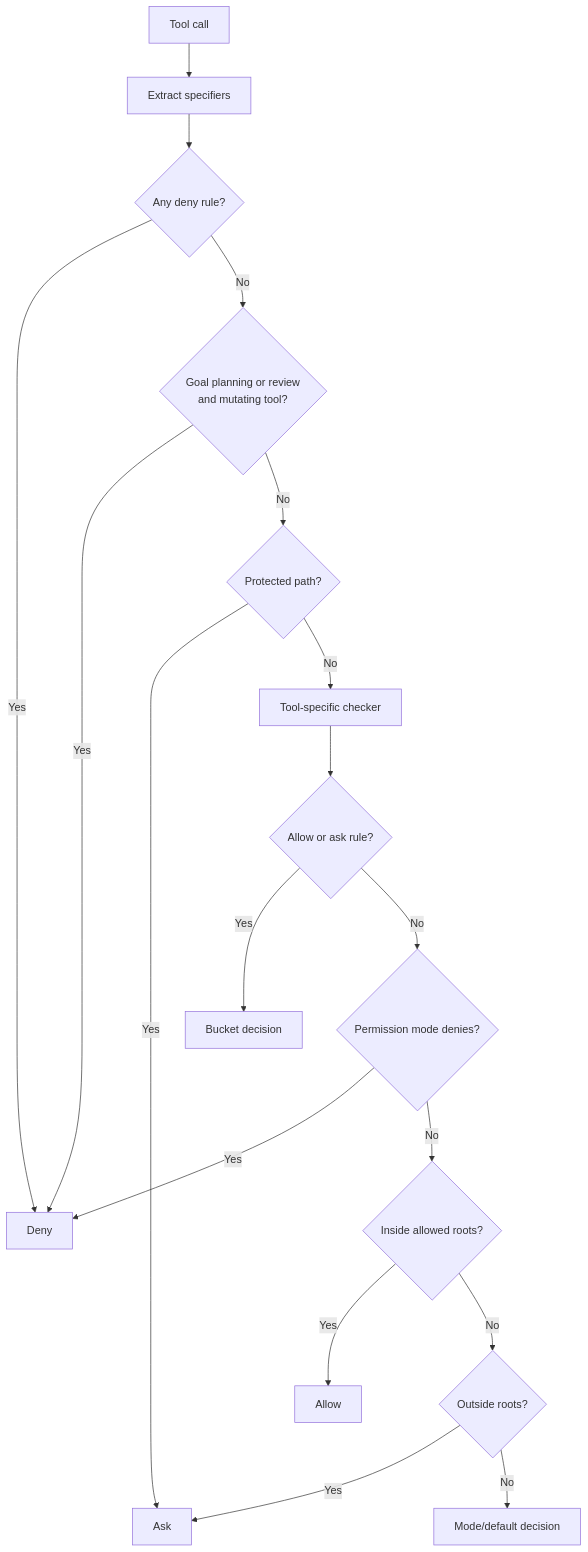
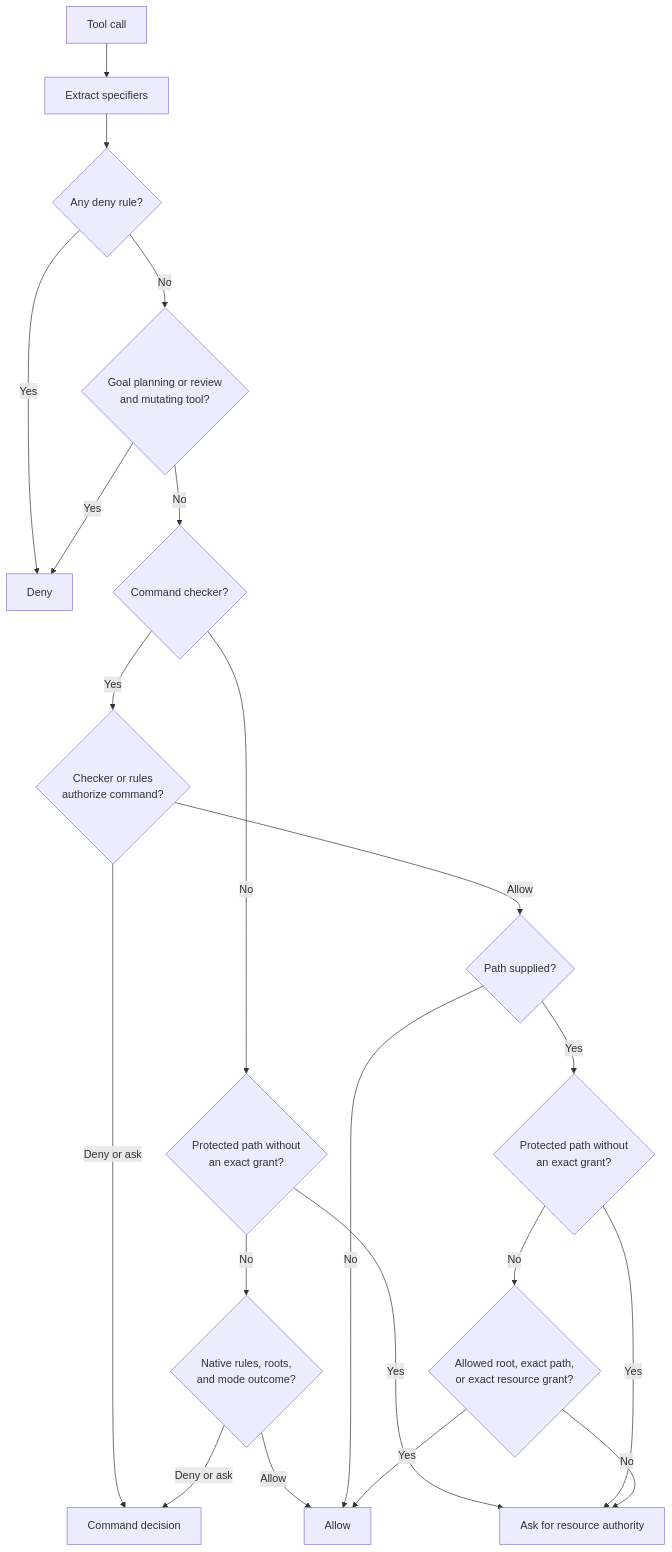
The diagram in docs/permissions.md (FrauH0lle/mevedel), drawn with Mermaid before and after one commit. The commit also changed other lines of this file and 9 other files, not shown here.

Commit message:
fix: layer command and resource authority

````diff
--- a/docs/permissions.md
+++ b/docs/permissions.md
@@ -5,20 +5,23 @@
 ```mermaid
 flowchart TD
     A[Tool call] --> B[Extract specifiers]
     B --> C{Any deny rule?}
     C -- Yes --> Z[Deny]
     C -- No --> D{Goal planning or review<br/>and mutating tool?}
     D -- Yes --> Z
-    D -- No --> E{Protected path?}
-    E -- Yes --> X[Ask]
-    E -- No --> F[Tool-specific checker]
-    F --> G{Allow or ask rule?}
-    G -- Yes --> H[Bucket decision]
-    G -- No --> I{Permission mode denies?}
-    I -- Yes --> Z
-    I -- No --> J{Inside allowed roots?}
-    J -- Yes --> Y[Allow]
-    J -- No --> K{Outside roots?}
-    K -- Yes --> X[Ask]
-    K -- No --> L[Mode/default decision]
+    D -- No --> E{Command checker?}
+    E -- Yes --> F{Checker or rules<br/>authorize command?}
+    F -- Deny or ask --> Q[Command decision]
+    F -- Allow --> G{Path supplied?}
+    E -- No --> N{Protected path without<br/>an exact grant?}
+    N -- Yes --> X[Ask for resource authority]
+    N -- No --> H{Native rules, roots,<br/>and mode outcome?}
+    H -- Deny or ask --> Q
+    H -- Allow --> Y
+    G -- No --> Y[Allow]
+    G -- Yes --> I{Protected path without<br/>an exact grant?}
+    I -- Yes --> X[Ask for resource authority]
+    I -- No --> J{Allowed root, exact path,<br/>or exact resource grant?}
+    J -- Yes --> Y
+    J -- No --> X
 ```
````
